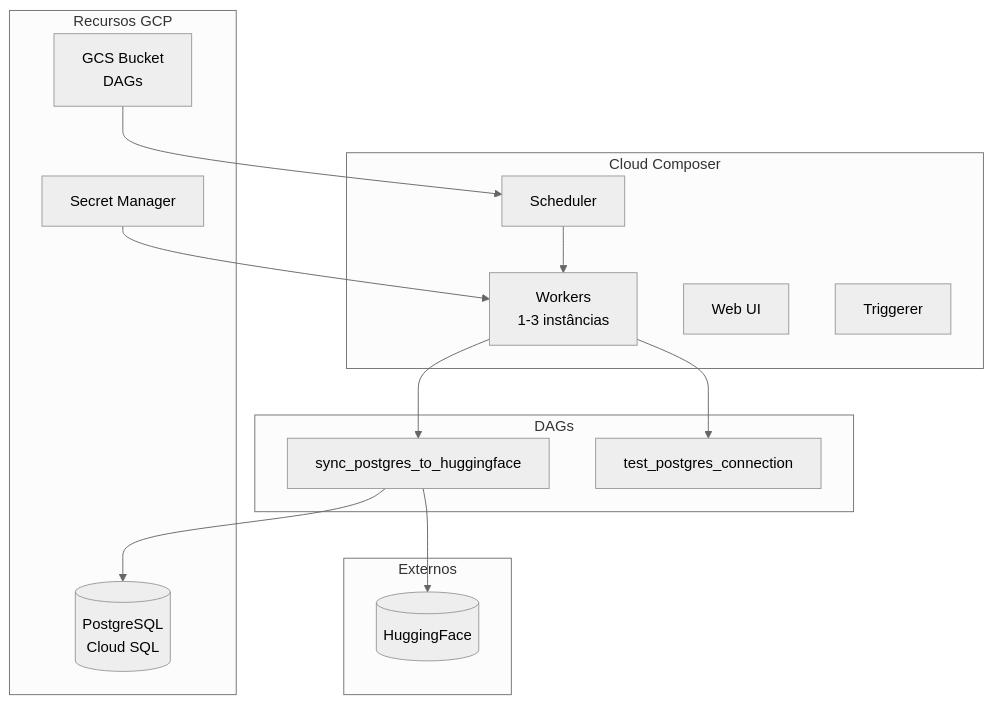
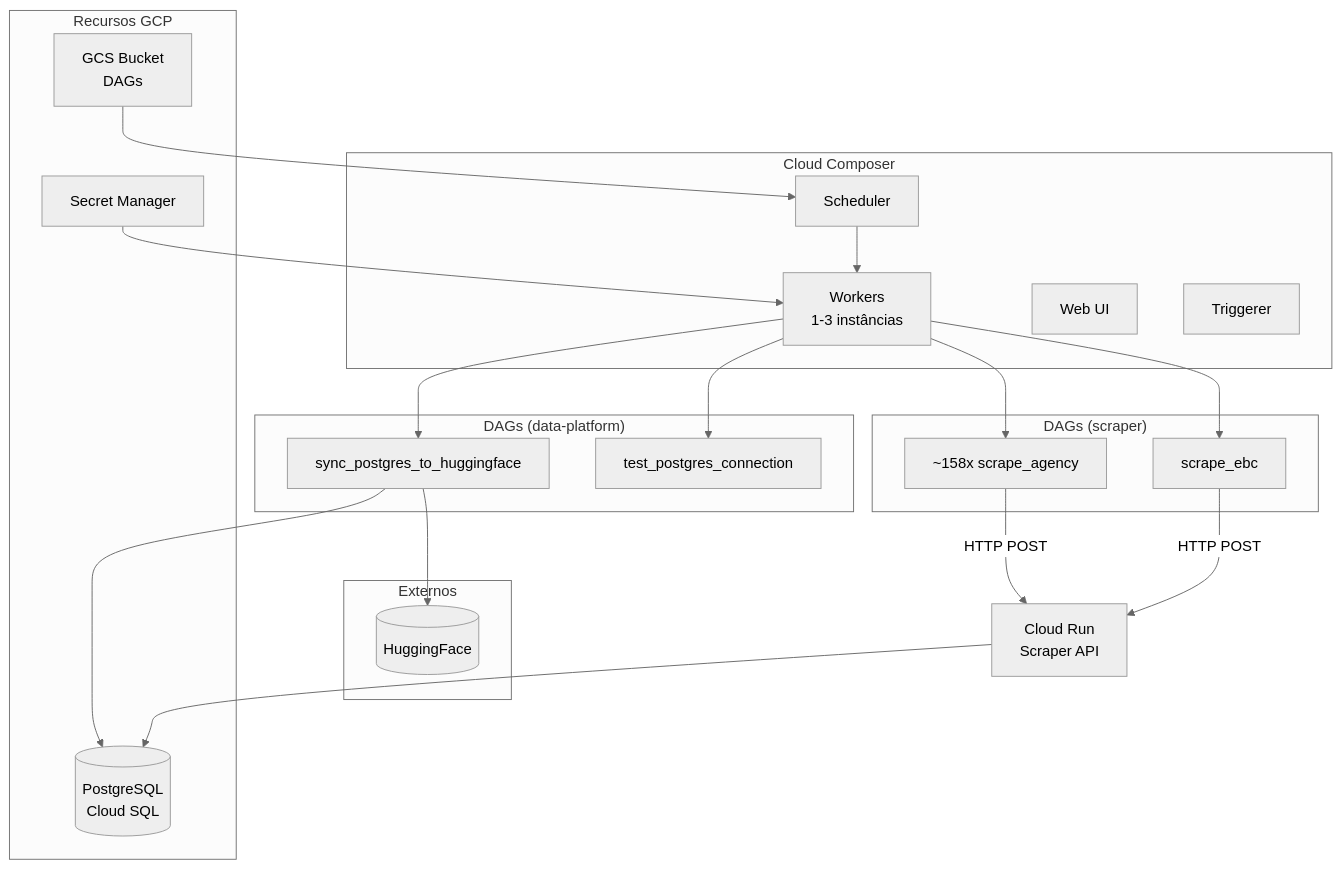
One commit to destaquesgovbr/docs changed the first of 2 diagrams in docs/workflows/airflow-dags.md. Above: the diagram before and after it, drawn with Mermaid (neutral theme). The commit also changed other lines of this file and 6 other files, not shown here.

````diff
--- a/docs/workflows/airflow-dags.md
+++ b/docs/workflows/airflow-dags.md
@@ -12,32 +12,42 @@
 ```mermaid
 graph TB
     subgraph "Cloud Composer"
         SCHED[Scheduler]
         WORKER[Workers<br/>1-3 instâncias]
         UI[Web UI]
         TRIGGER[Triggerer]
     end
 
-    subgraph "DAGs"
+    subgraph "DAGs (data-platform)"
         DAG1[sync_postgres_to_huggingface]
         DAG2[test_postgres_connection]
+    end
+
+    subgraph "DAGs (scraper)"
+        DAG3[~158x scrape_agency]
+        DAG4[scrape_ebc]
     end
 
     subgraph "Recursos GCP"
         PG[(PostgreSQL<br/>Cloud SQL)]
         SM[Secret Manager]
         GCS[GCS Bucket<br/>DAGs]
     end
 
     subgraph "Externos"
         HF[(HuggingFace)]
     end
 
     GCS --> SCHED
     SCHED --> WORKER
     WORKER --> DAG1
     WORKER --> DAG2
+    WORKER --> DAG3
+    WORKER --> DAG4
     DAG1 --> PG
     DAG1 --> HF
+    DAG3 -->|HTTP POST| CR[Cloud Run<br/>Scraper API]
+    DAG4 -->|HTTP POST| CR
+    CR --> PG
     SM --> WORKER
 ```
````
